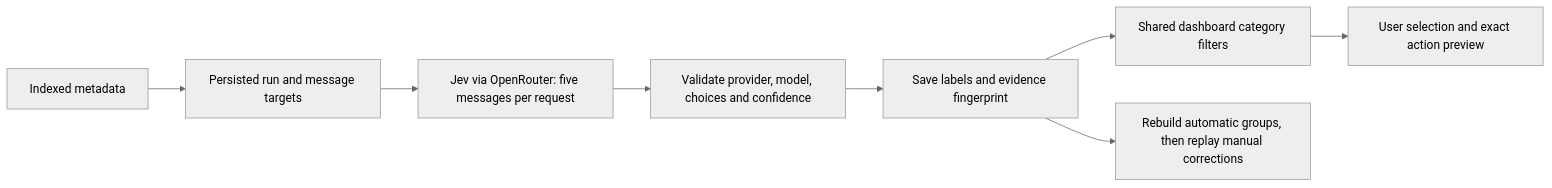
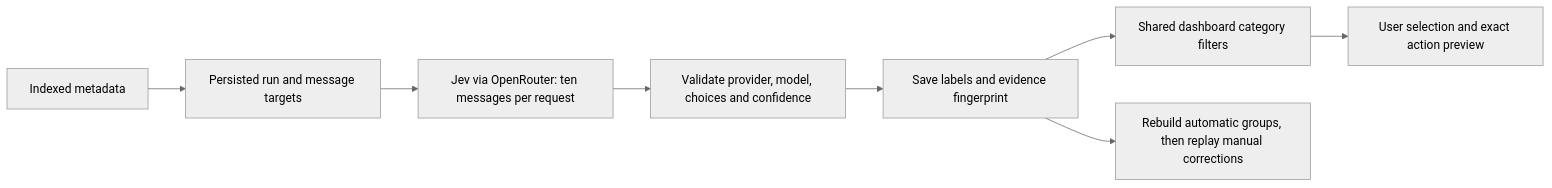
The diagram in docs/JEV-CLASSIFICATION.md (nirvana47/TidyMail), drawn with Mermaid (neutral theme) before and after one commit. The commit also changed other lines of this file and 27 other files, not shown here.

````diff
--- a/docs/JEV-CLASSIFICATION.md
+++ b/docs/JEV-CLASSIFICATION.md
@@ -78,10 +78,10 @@
 ```mermaid
 flowchart LR
   M[Indexed metadata] --> Q[Persisted run and message targets]
-  Q --> J[Jev via OpenRouter: five messages per request]
+  Q --> J[Jev via OpenRouter: ten messages per request]
   J --> V[Validate provider, model, choices and confidence]
   V --> S[Save labels and evidence fingerprint]
   S --> F[Shared dashboard category filters]
   S --> G[Rebuild automatic groups, then replay manual corrections]
   F --> P[User selection and exact action preview]
 ```
````
